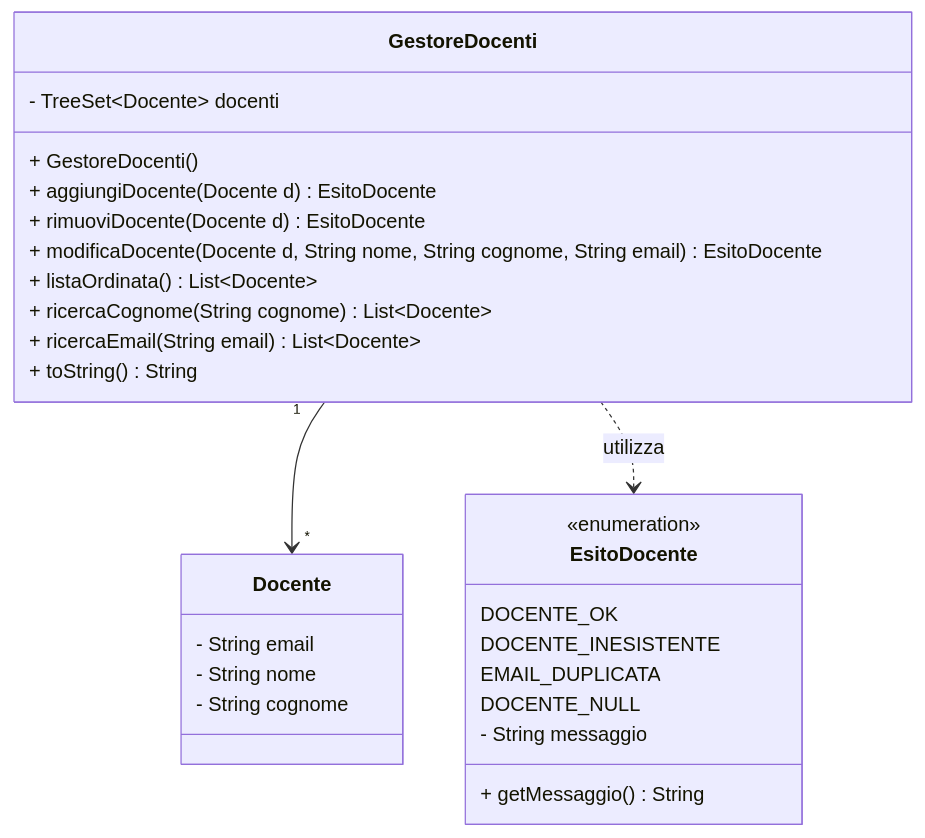
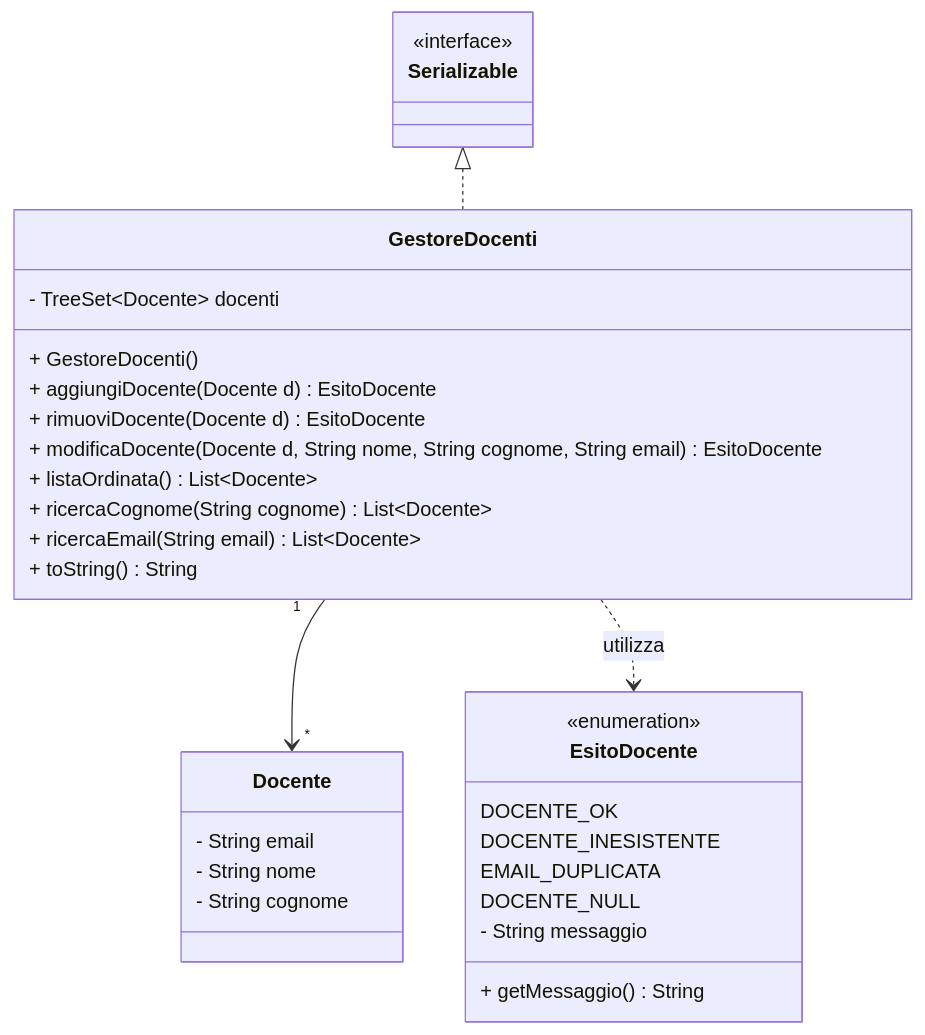
Before and after one commit to gcarbone48/PrenotazioneAule5: the diagram in diagrams/class diagrams/gestoreDocentiClass.md, drawn with Mermaid. The commit also changed 1 other file, not shown here.

Commit message:
FEAT: aggiunta interfaccia Serializable nei diagrammi di GestoreAule e GestoreDocenti

````diff
--- a/diagrams/class diagrams/gestoreDocentiClass.md
+++ b/diagrams/class diagrams/gestoreDocentiClass.md
@@ -1,47 +1,53 @@
 ```mermaid
 classDiagram
+    class Serializable {
+             <<interface>>
+    }
+
+    Serializable <|.. GestoreDocenti 
+
     class Docente{
         - String email
         %% univoca      
         - String nome
         - String cognome
     }
 
     class EsitoDocente{
         <<enumeration>>
         %%esito corretto
         DOCENTE_OK
         %%restituita se il docente passato non esiste
         DOCENTE_INESISTENTE
         %%restituita se la mail è già associata ad un altro docente
         EMAIL_DUPLICATA
         %%restituita se il docente passato è null
         DOCENTE_NULL
         - String messaggio
         + getMessaggio() String
     }
 
     class GestoreDocenti{
         - TreeSet~Docente~ docenti
         + GestoreDocenti()
         %%restituisce l'esito dell'operazione
         + aggiungiDocente(Docente d) EsitoDocente
         %%restituisce l'esito della prenotazione
         + rimuoviDocente (Docente d) EsitoDocente
         %%restituisce l'esito dell'operazione
         + modificaDocente (Docente d, String nome, String cognome, String email) EsitoDocente
         %%restituisce una lista ordinata contenente i docenti
         + listaOrdinata () List~Docente~
         %%restituisce una lista ordinata di docenti il cui cognome 
         %%contiene la stringa passata
         + ricercaCognome (String cognome) List~Docente~
         %%restituisce una lista ordinata di docenti la cui mail 
         %%contiene la stringa passata
         + ricercaEmail (String email) List~Docente~
 
         + toString() String
     }
 
     GestoreDocenti "1" --> "*" Docente
     GestoreDocenti ..> EsitoDocente : utilizza
 ```
````
